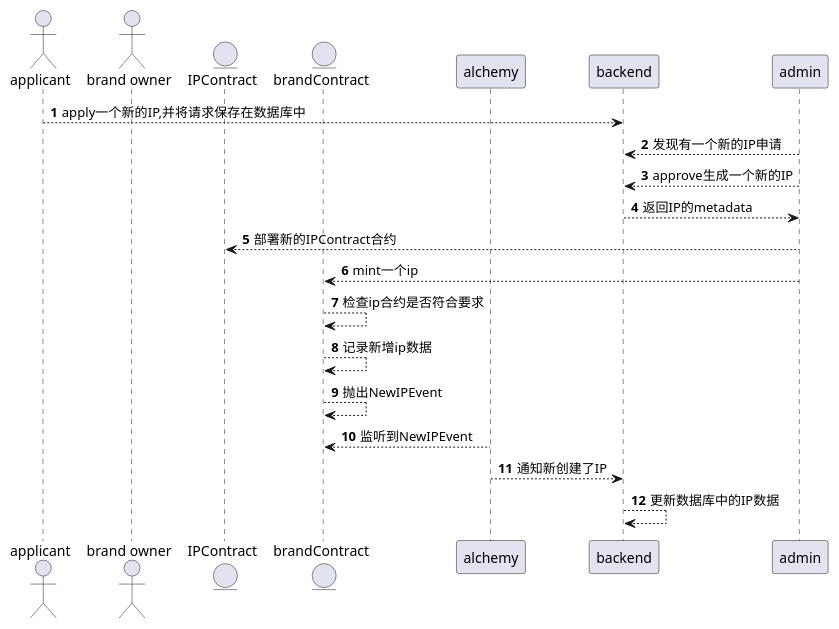
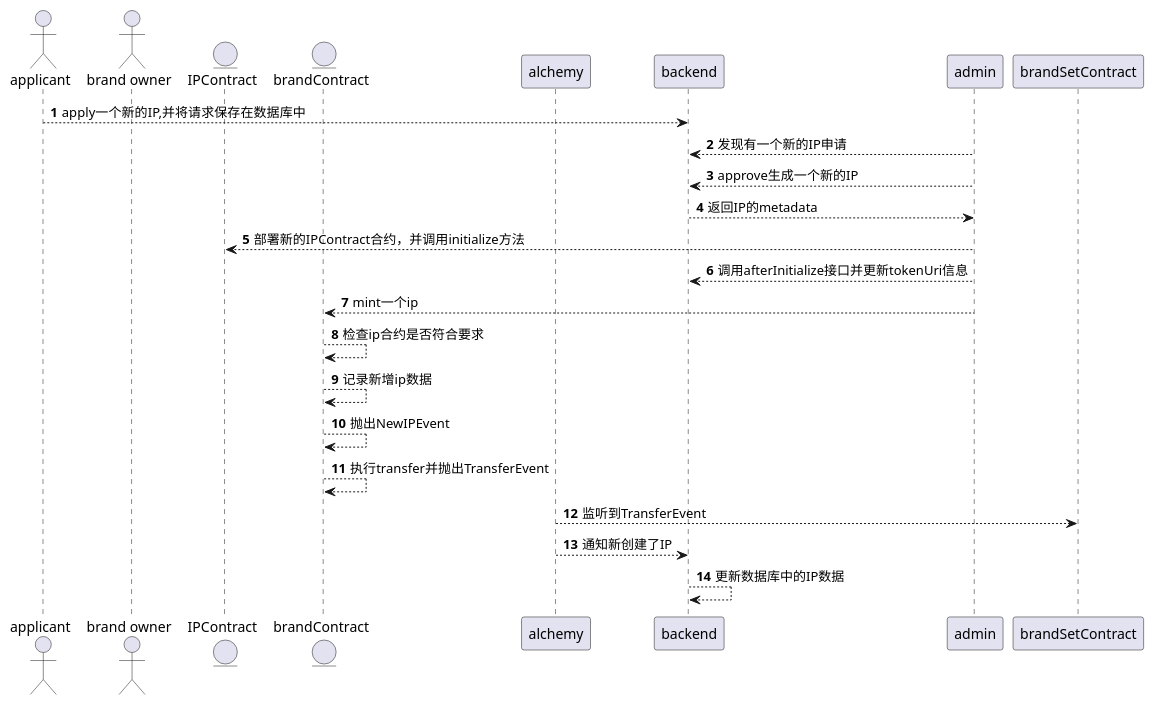
Before and after one commit to Taggie3/contract: the diagram in docs/新增IP时序图.puml, drawn with PlantUML. The commit also changed 9 other files, not shown here.

```diff
--- a/docs/新增IP时序图.puml
+++ b/docs/新增IP时序图.puml
@@ -1,25 +1,27 @@
 @startuml
 'https://plantuml.com/sequence-diagram
 
 autonumber
 
 actor applicant as applicant
 actor "brand owner" as owner
 entity IPContract as IPContract
 entity brandContract as brandContract
 participant alchemy as alchemy
 
 applicant --> backend: apply一个新的IP,并将请求保存在数据库中
 admin --> backend: 发现有一个新的IP申请
 admin --> backend: approve生成一个新的IP
 backend --> admin: 返回IP的metadata
-admin --> IPContract: 部署新的IPContract合约
+admin --> IPContract: 部署新的IPContract合约，并调用initialize方法
+admin --> backend: 调用afterInitialize接口并更新tokenUri信息
 admin --> brandContract: mint一个ip
 brandContract --> brandContract: 检查ip合约是否符合要求
 brandContract --> brandContract: 记录新增ip数据
 brandContract --> brandContract: 抛出NewIPEvent
-alchemy --> brandContract:监听到NewIPEvent
+brandContract --> brandContract: 执行transfer并抛出TransferEvent
+alchemy --> brandSetContract:监听到TransferEvent
 alchemy --> backend: 通知新创建了IP
 backend --> backend: 更新数据库中的IP数据
 
 @enduml
```
